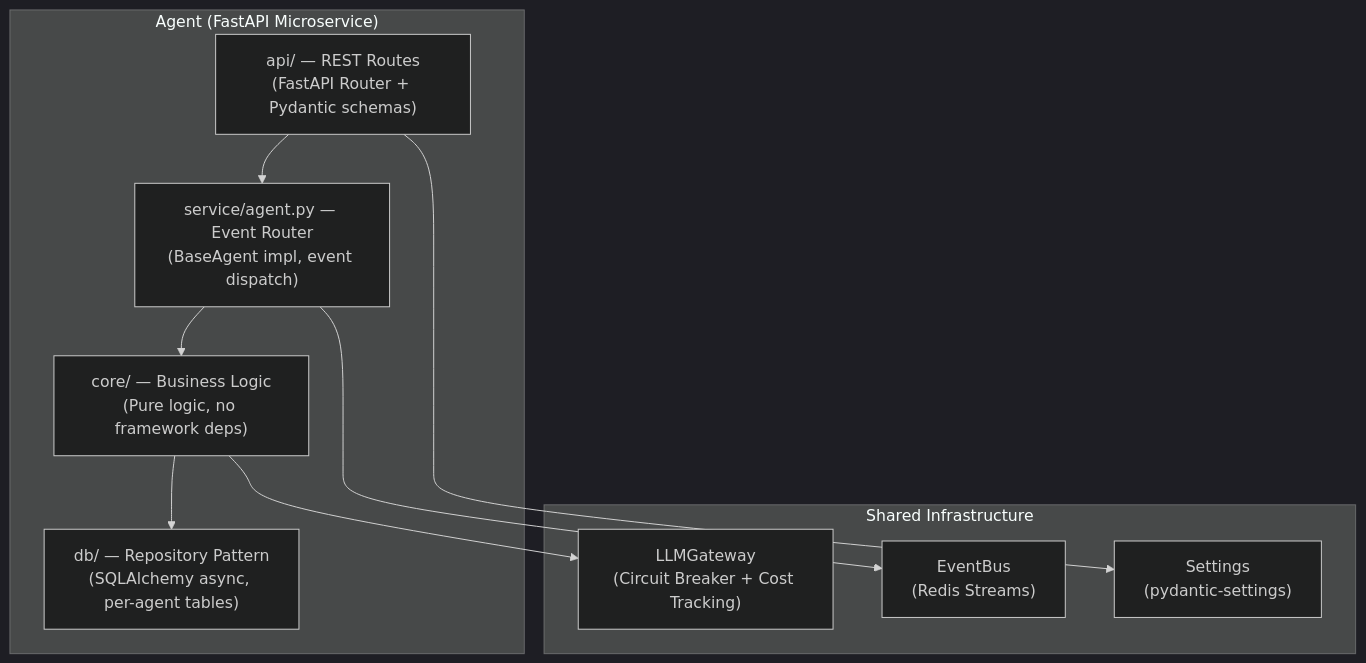
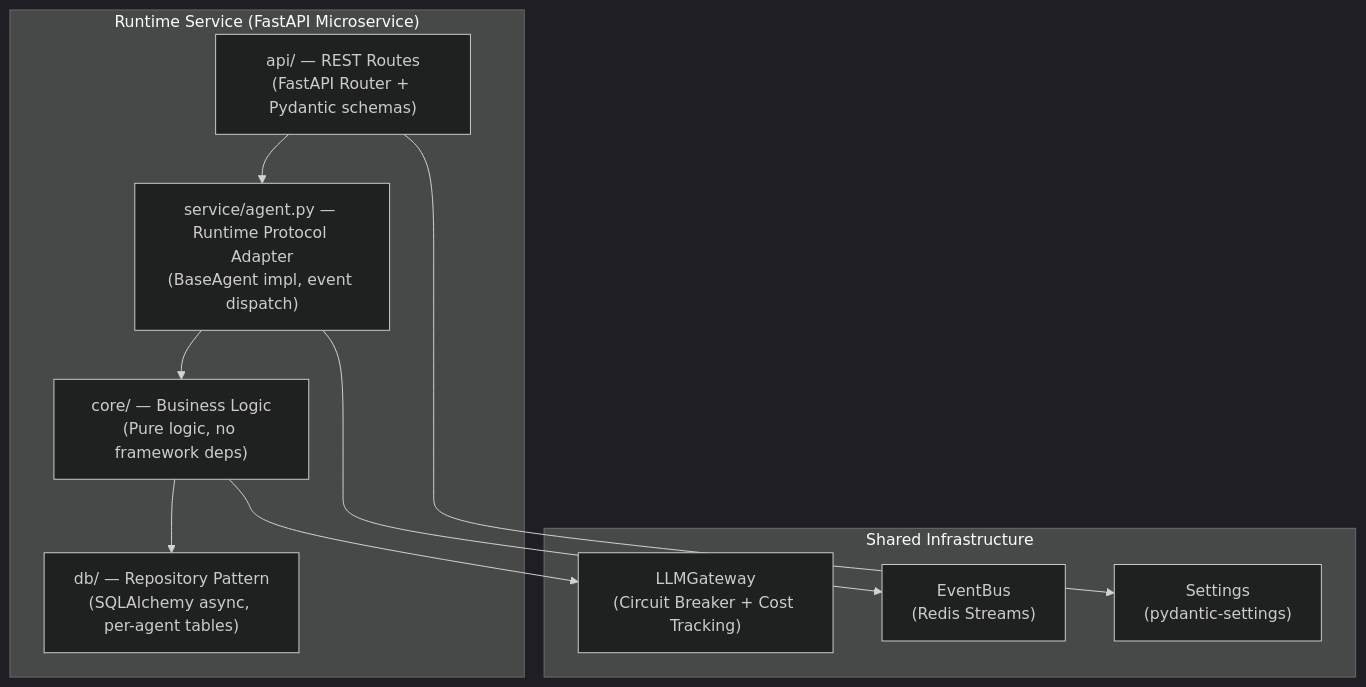
Before and after one commit to Wisdoverse/Wisdoverse-Cell: the second of 3 diagrams in docs/overview/onboarding.md, drawn with Mermaid (dark theme). The commit also changed other lines of this file and 148 other files, not shown here.

````diff
--- a/docs/overview/onboarding.md
+++ b/docs/overview/onboarding.md
@@ -430,22 +430,22 @@
 ```mermaid
 graph TB
-    subgraph "Agent (FastAPI Microservice)"
+    subgraph "Runtime Service (FastAPI Microservice)"
         API["api/ — REST Routes<br/>(FastAPI Router + Pydantic schemas)"]
-        SVC["service/agent.py — Event Router<br/>(BaseAgent impl, event dispatch)"]
+        SVC["service/agent.py — Runtime Protocol Adapter<br/>(BaseAgent impl, event dispatch)"]
         CORE["core/ — Business Logic<br/>(Pure logic, no framework deps)"]
         DB["db/ — Repository Pattern<br/>(SQLAlchemy async, per-agent tables)"]
     end
 
     subgraph "Shared Infrastructure"
         LLM["LLMGateway<br/>(Circuit Breaker + Cost Tracking)"]
         BUS["EventBus<br/>(Redis Streams)"]
         CFG["Settings<br/>(pydantic-settings)"]
     end
 
     API --> SVC
     SVC --> CORE
     CORE --> DB
     CORE --> LLM
     SVC --> BUS
     API --> CFG
 ```
````
